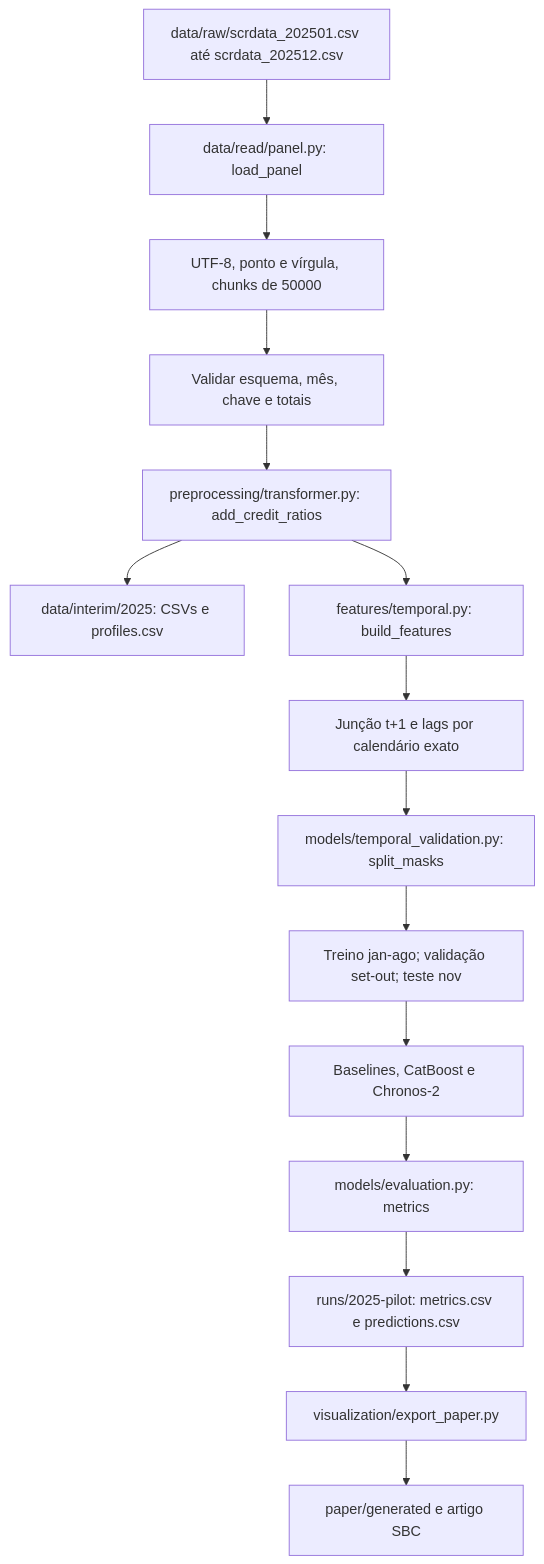
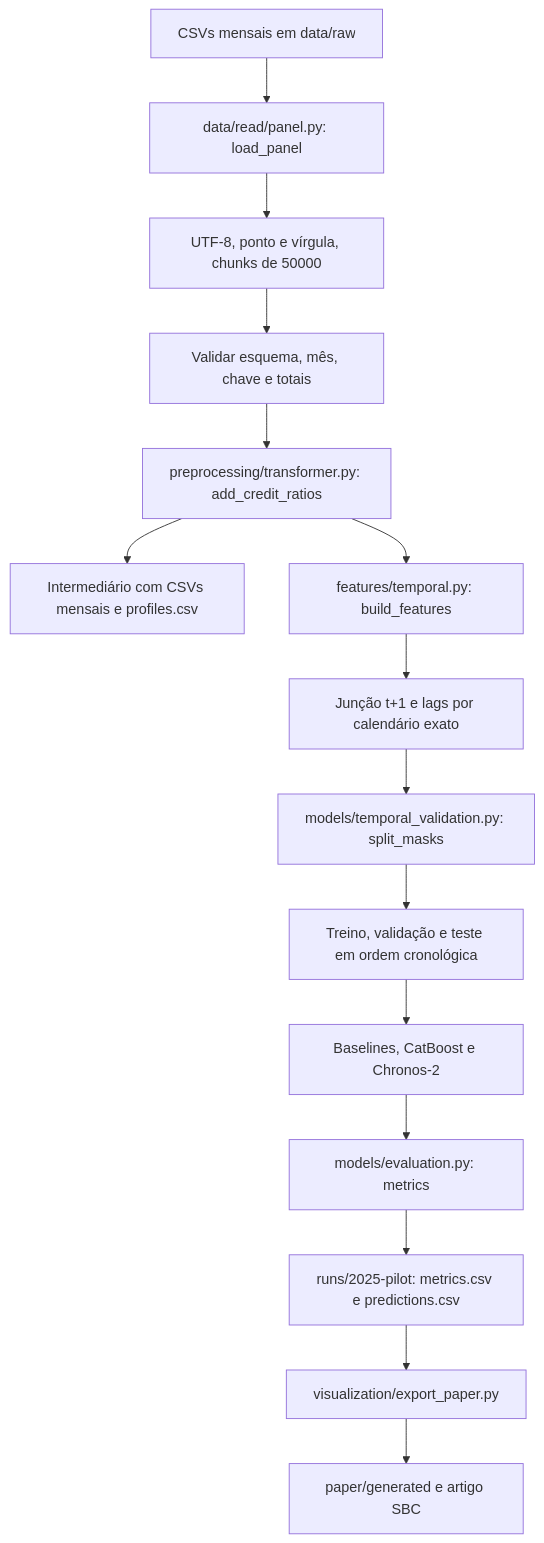
The first of 3 diagrams in docs/funcionamento-efetivo.md (AJT-Devs/bcb-score-CARCDSI), drawn with Mermaid before and after one commit. The commit also changed other lines of this file and 20 other files, not shown here.

````diff
--- a/docs/funcionamento-efetivo.md
+++ b/docs/funcionamento-efetivo.md
@@ -7,17 +7,17 @@
 ```mermaid
 flowchart TD
-  A[data/raw/scrdata_202501.csv até scrdata_202512.csv] --> B[data/read/panel.py: load_panel]
+  A[CSVs mensais em data/raw] --> B[data/read/panel.py: load_panel]
   B --> C[UTF-8, ponto e vírgula, chunks de 50000]
   C --> D[Validar esquema, mês, chave e totais]
   D --> E[preprocessing/transformer.py: add_credit_ratios]
-  E --> F[data/interim/2025: CSVs e profiles.csv]
+  E --> F[Intermediário com CSVs mensais e profiles.csv]
   E --> G[features/temporal.py: build_features]
   G --> H[Junção t+1 e lags por calendário exato]
   H --> I[models/temporal_validation.py: split_masks]
-  I --> J[Treino jan-ago; validação set-out; teste nov]
+  I --> J[Treino, validação e teste em ordem cronológica]
   J --> K[Baselines, CatBoost e Chronos-2]
   K --> L[models/evaluation.py: metrics]
   L --> M[runs/2025-pilot: metrics.csv e predictions.csv]
   M --> N[visualization/export_paper.py]
   N --> O[paper/generated e artigo SBC]
 ```
````
